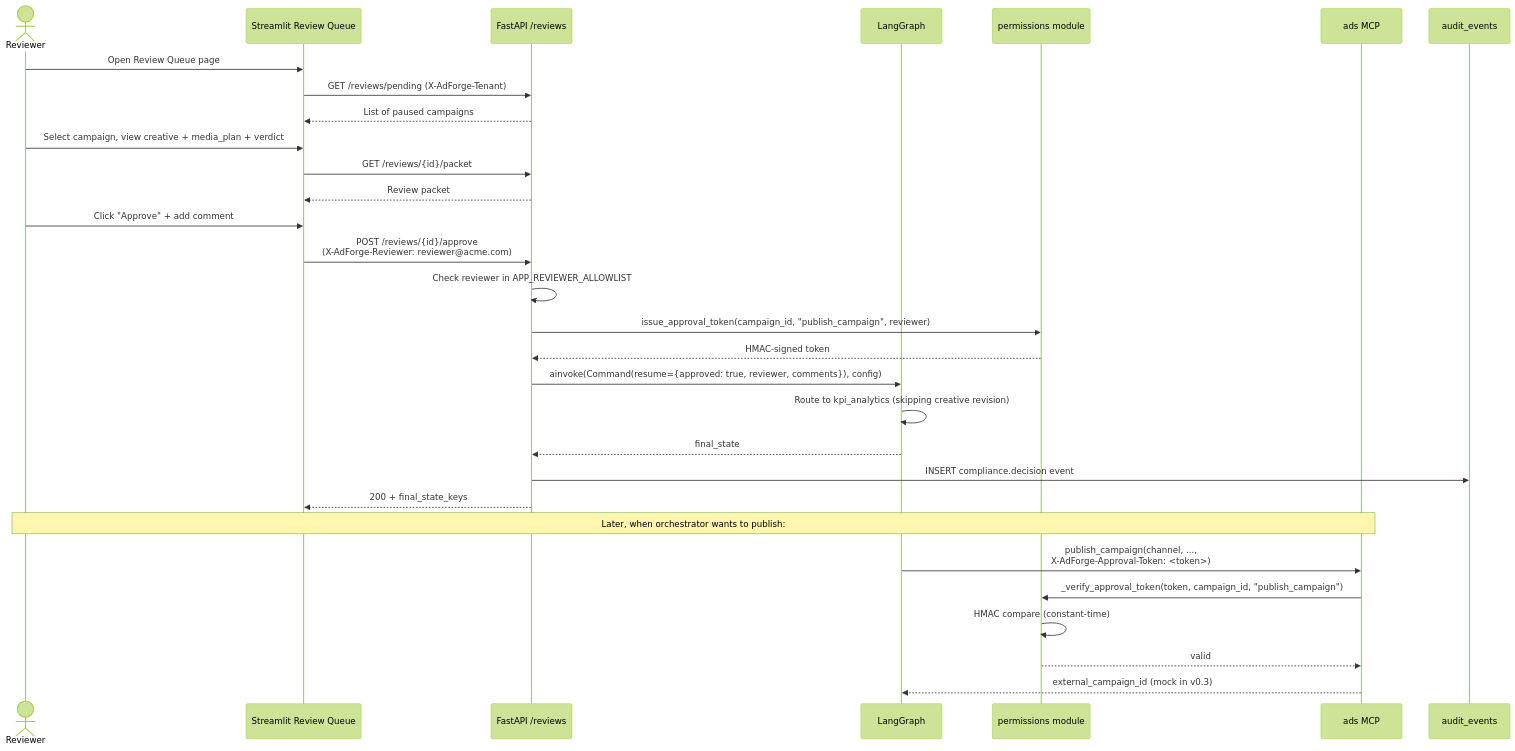
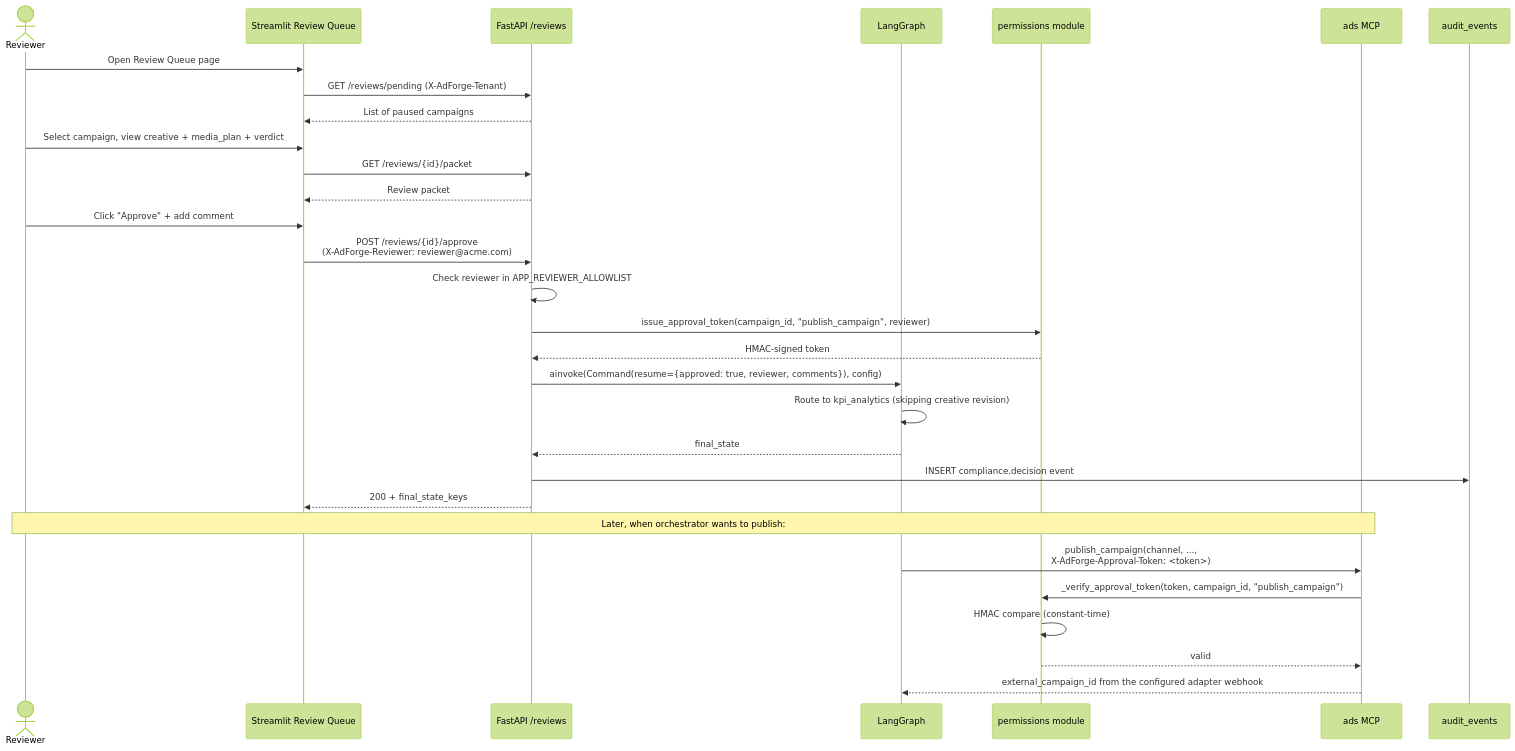
One commit to Kaustubh-Rathi/adforge changed the fourth of 17 diagrams in docs/DESIGN.md. Above: the diagram before and after it, drawn with Mermaid (forest theme). The commit also changed other lines of this file and 5 other files, not shown here.

````diff
--- a/docs/DESIGN.md
+++ b/docs/DESIGN.md
@@ -196,37 +196,37 @@
 ```mermaid
 sequenceDiagram
     actor R as Reviewer
     participant UI as Streamlit Review Queue
     participant API as FastAPI /reviews
     participant Graph as LangGraph
     participant Perms as permissions module
     participant Ads as ads MCP
     participant Audit as audit_events
 
     R->>UI: Open Review Queue page
     UI->>API: GET /reviews/pending (X-AdForge-Tenant)
     API-->>UI: List of paused campaigns
 
     R->>UI: Select campaign, view creative + media_plan + verdict
     UI->>API: GET /reviews/{id}/packet
     API-->>UI: Review packet
 
     R->>UI: Click "Approve" + add comment
     UI->>API: POST /reviews/{id}/approve<br/>(X-AdForge-Reviewer: reviewer@acme.com)
     API->>API: Check reviewer in APP_REVIEWER_ALLOWLIST
     API->>Perms: issue_approval_token(campaign_id, "publish_campaign", reviewer)
     Perms-->>API: HMAC-signed token
     API->>Graph: ainvoke(Command(resume={approved: true, reviewer, comments}), config)
     Graph->>Graph: Route to kpi_analytics (skipping creative revision)
     Graph-->>API: final_state
     API->>Audit: INSERT compliance.decision event
     API-->>UI: 200 + final_state_keys
 
     Note over R,Ads: Later, when orchestrator wants to publish:
 
     Graph->>Ads: publish_campaign(channel, ...,<br/>X-AdForge-Approval-Token: <token>)
     Ads->>Perms: _verify_approval_token(token, campaign_id, "publish_campaign")
     Perms->>Perms: HMAC compare (constant-time)
     Perms-->>Ads: valid
-    Ads-->>Graph: external_campaign_id (mock in v0.3)
+    Ads-->>Graph: external_campaign_id from the configured adapter webhook
 ```
````
